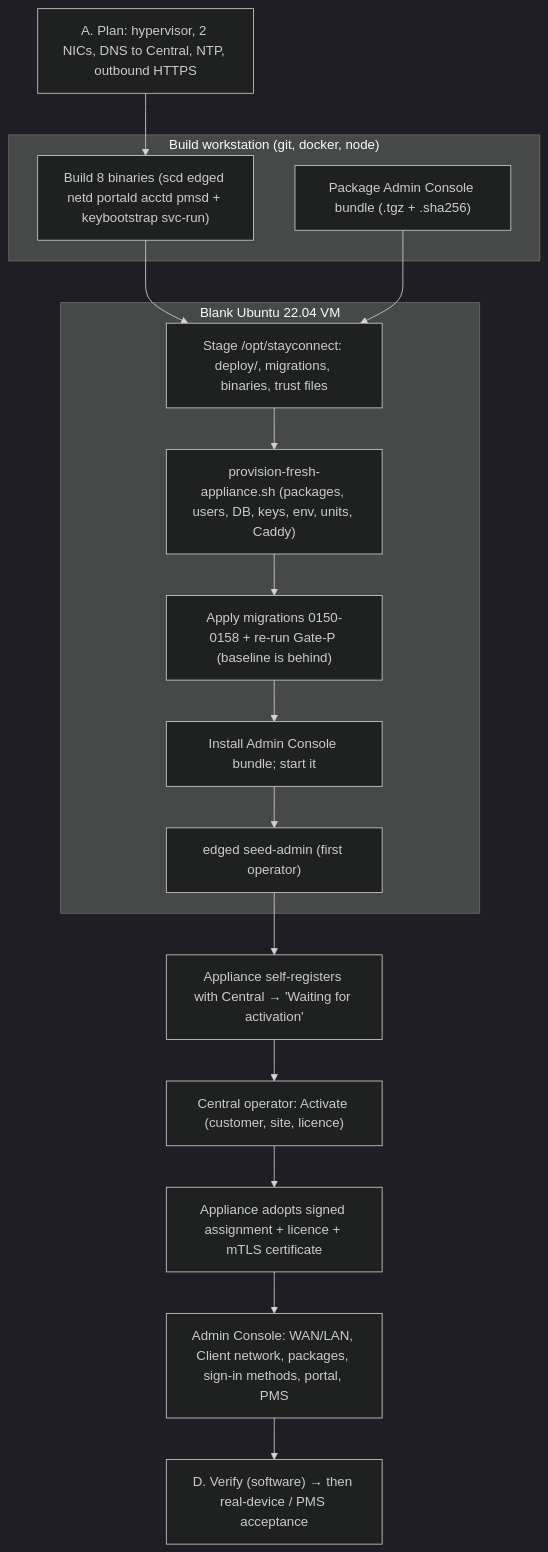
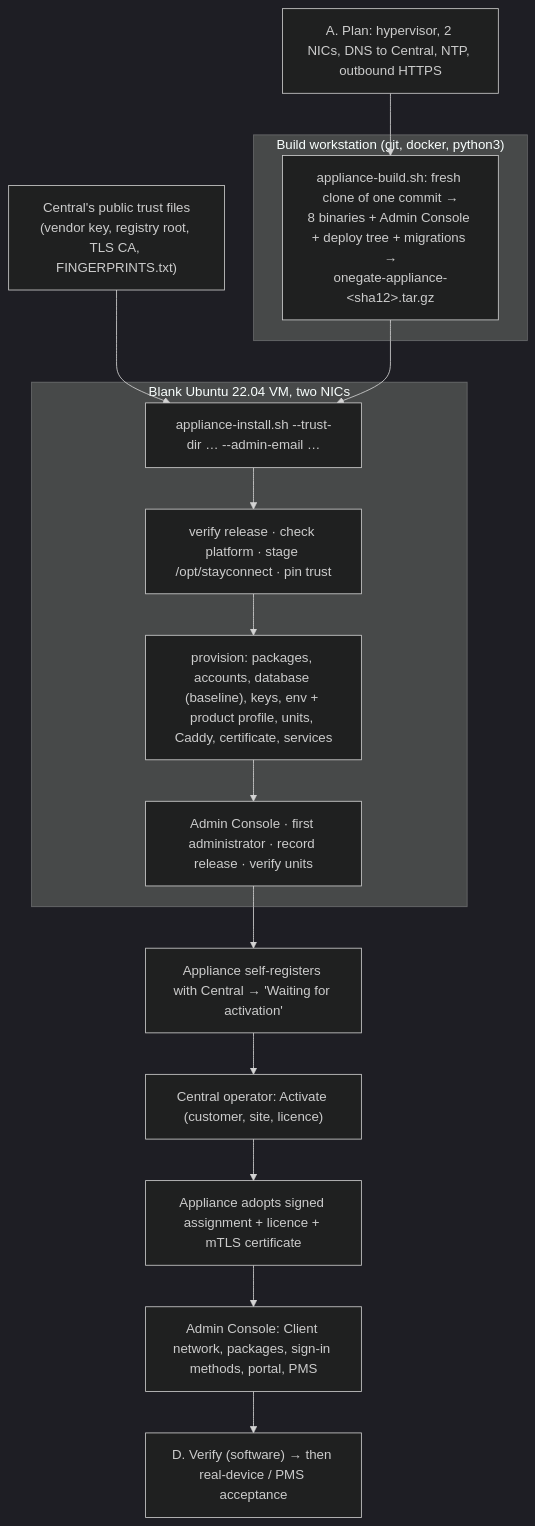
One commit to aibrahiiim1/StayConnectEnterprise changed the diagram in docs/runbooks/ONEGATE_FRESH_VM_INSTALLATION_MANUAL.md. Above: the diagram before and after it, drawn with Mermaid (dark theme). The commit also changed other lines of this file and 8 other files, not shown here.

First line of the commit message:
Docs: install manual, handbook, inventory and install-path docs follow the release installer

````diff
--- a/docs/runbooks/ONEGATE_FRESH_VM_INSTALLATION_MANUAL.md
+++ b/docs/runbooks/ONEGATE_FRESH_VM_INSTALLATION_MANUAL.md
@@ -51,22 +50,20 @@
 ```mermaid
 flowchart TD
   A["A. Plan: hypervisor, 2 NICs, DNS to Central, NTP, outbound HTTPS"] --> B1
-  subgraph WS["Build workstation (git, docker, node)"]
-    B1["Build 8 binaries (scd edged netd portald acctd pmsd + keybootstrap svc-run)"]
-    B2["Package Admin Console bundle (.tgz + .sha256)"]
+  subgraph WS["Build workstation (git, docker, python3)"]
+    B1["appliance-build.sh: fresh clone of one commit →<br/>8 binaries + Admin Console + deploy tree + migrations →<br/>onegate-appliance-&lt;sha12&gt;.tar.gz"]
   end
-  B1 --> V
-  B2 --> V
-  subgraph VM["Blank Ubuntu 22.04 VM"]
-    V["Stage /opt/stayconnect: deploy/, migrations, binaries, trust files"]
-    V --> P["provision-fresh-appliance.sh (packages, users, DB, keys, env, units, Caddy)"]
-    P --> M["Apply migrations 0150-0158 + re-run Gate-P (baseline is behind)"]
-    M --> H["Install Admin Console bundle; start it"]
-    H --> S["edged seed-admin (first operator)"]
+  CT["Central's public trust files<br/>(vendor key, registry root, TLS CA, FINGERPRINTS.txt)"] --> I
+  B1 --> I
+  subgraph VM["Blank Ubuntu 22.04 VM, two NICs"]
+    I["appliance-install.sh --trust-dir … --admin-email …"]
+    I --> I1["verify release · check platform · stage /opt/stayconnect · pin trust"]
+    I1 --> I2["provision: packages, accounts, database (baseline), keys, env + product profile, units, Caddy, certificate, services"]
+    I2 --> I3["Admin Console · first administrator · record release · verify units"]
   end
-  S --> R["Appliance self-registers with Central → 'Waiting for activation'"]
+  I3 --> R["Appliance self-registers with Central → 'Waiting for activation'"]
   R --> AC["Central operator: Activate (customer, site, licence)"]
   AC --> C["Appliance adopts signed assignment + licence + mTLS certificate"]
-  C --> N["Admin Console: WAN/LAN, Client network, packages, sign-in methods, portal, PMS"]
+  C --> N["Admin Console: Client network, packages, sign-in methods, portal, PMS"]
   N --> D["D. Verify (software) → then real-device / PMS acceptance"]
 ```
````
